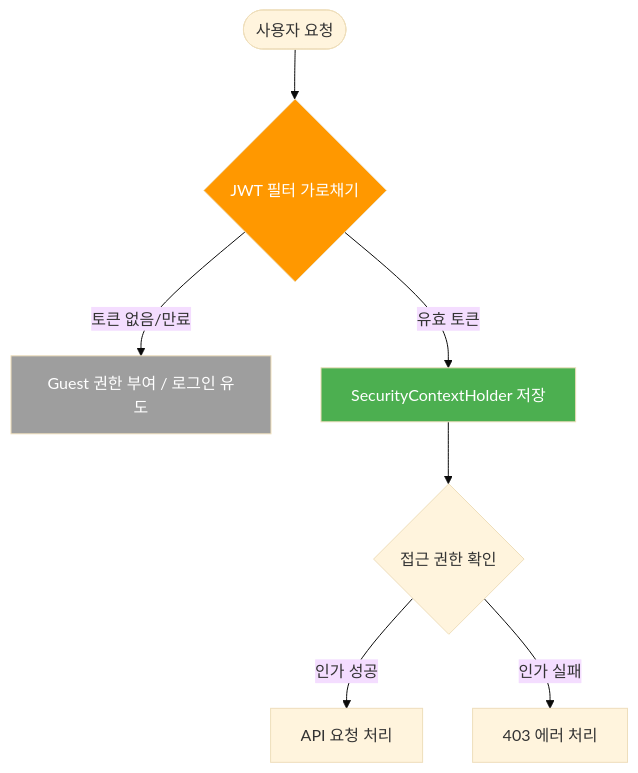
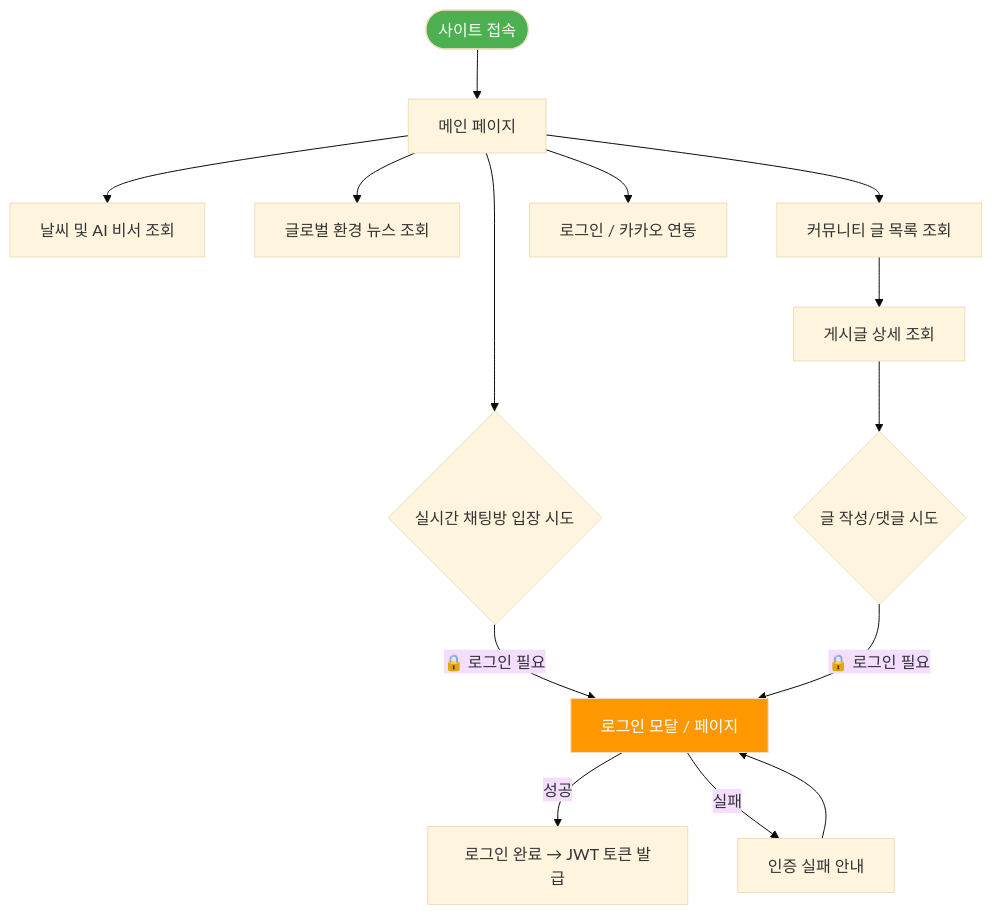
Before and after one commit to KJH-Portfolio/202602-Environmenta-Organization: the first of 6 diagrams in userflow.md, drawn with Mermaid (base theme). The commit also changed other lines of this file and 4 other files, not shown here.

````diff
--- a/userflow.md
+++ b/userflow.md
@@ -26,14 +24,26 @@
 ```mermaid
 flowchart TD
-    START([사용자 요청]) --> FILTER{JWT 필터 가로채기}
-    FILTER -- "토큰 없음/만료" --> GUEST[Guest 권한 부여 / 로그인 유도]
-    FILTER -- "유효 토큰" --> AUTH[SecurityContextHolder 저장]
-    
-    AUTH --> ACCESS{접근 권한 확인}
-    ACCESS -- "인가 성공" --> SUCCESS[API 요청 처리]
-    ACCESS -- "인가 실패" --> FORBIDDEN[403 에러 처리]
+    START([사이트 접속]) --> MAIN[메인 페이지]
 
-    style FILTER fill:#FF9800,color:#fff
-    style AUTH fill:#4CAF50,color:#fff
-    style GUEST fill:#9E9E9E,color:#fff
+    MAIN --> M1[날씨 및 AI 비서 조회]
+    MAIN --> M2[글로벌 환경 뉴스 조회]
+    MAIN --> M3[커뮤니티 글 목록 조회]
+    MAIN --> M4[로그인 / 카카오 연동]
+
+    %% 채팅
+    MAIN --> C1{실시간 채팅방 입장 시도}
+    C1 -->|"🔒 로그인 필요"| LOGIN[로그인 모달 / 페이지]
+
+    %% 커뮤니티
+    M3 --> C2[게시글 상세 조회]
+    C2 --> C3{글 작성/댓글 시도}
+    C3 -->|"🔒 로그인 필요"| LOGIN
+
+    %% 로그인 이후
+    LOGIN -->|성공| LOGGED[로그인 완료 → JWT 토큰 발급]
+    LOGIN -->|실패| FAIL[인증 실패 안내]
+    FAIL --> LOGIN
+
+    style START fill:#4CAF50,color:#fff
+    style LOGIN fill:#FF9800,color:#fff
 ```
````
